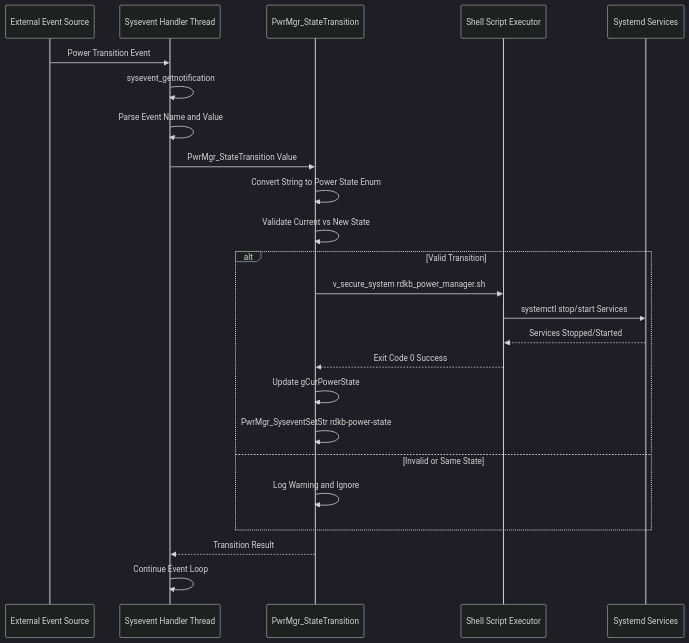
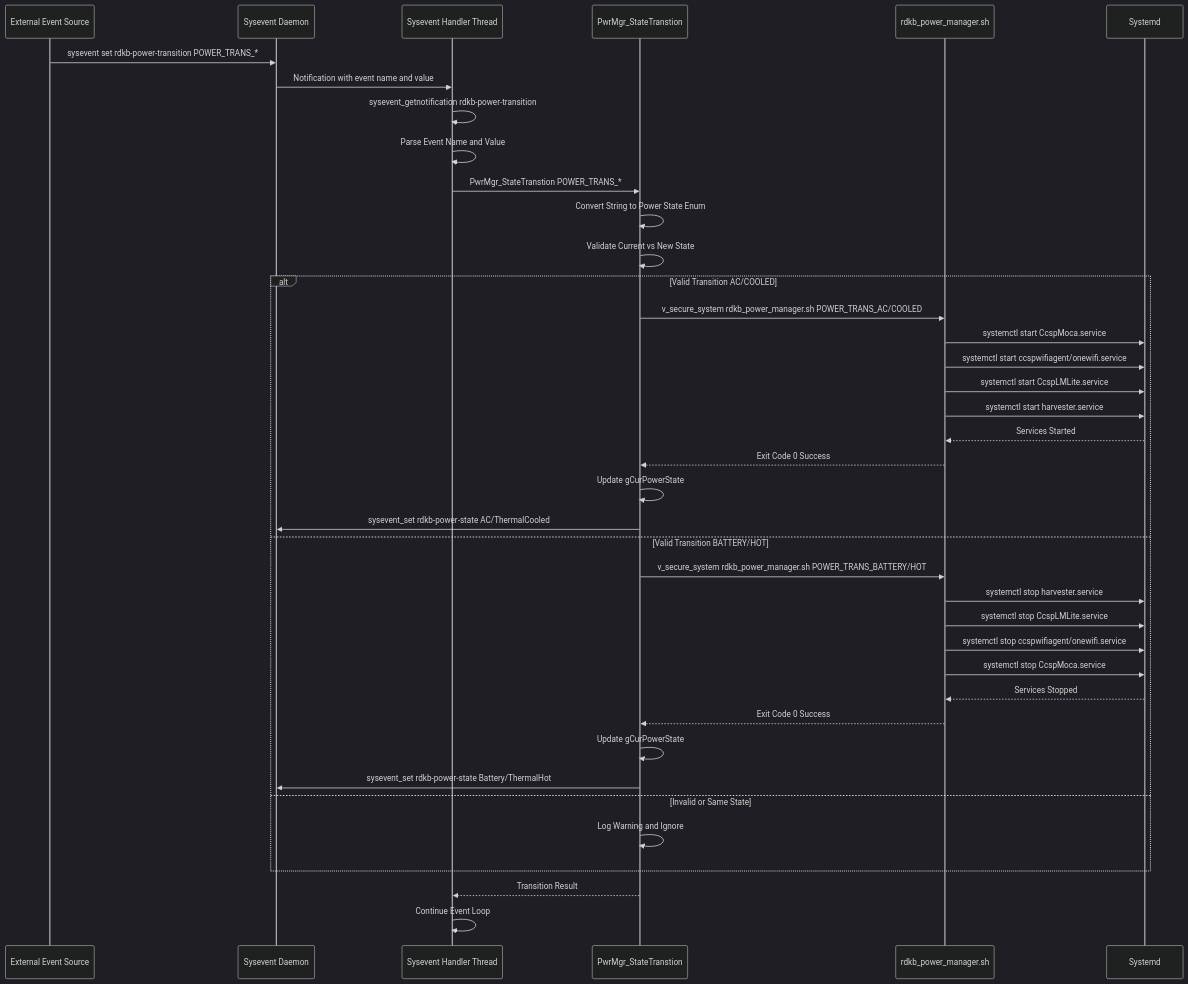
One commit to rns21/RDK_Documentation changed the fifth of 7 diagrams in docs/docu/dec17/power-manager-feb27.md. Above: the diagram before and after it, drawn with Mermaid (dark theme). The commit also changed other lines of this file, not shown here.

````diff
--- a/docs/docu/dec17/power-manager-feb27.md
+++ b/docs/docu/dec17/power-manager-feb27.md
@@ -252,29 +254,44 @@
 ```mermaid
 sequenceDiagram
-    participant Event as External Event Source
+    participant External as External Event Source
+    participant Sysevent as Sysevent Daemon
     participant Thread as Sysevent Handler Thread
-    participant Trans as PwrMgr_StateTransition
-    participant Script as Shell Script Executor
-    participant Systemd as Systemd Services
+    participant Trans as PwrMgr_StateTranstion
+    participant Script as rdkb_power_manager.sh
+    participant Systemd as Systemd
 
-    Event->>Thread: Power Transition Event
-    Thread->>Thread: sysevent_getnotification
+    External->>Sysevent: sysevent set rdkb-power-transition POWER_TRANS_*
+    Sysevent->>Thread: Notification with event name and value
+    Thread->>Thread: sysevent_getnotification rdkb-power-transition
     Thread->>Thread: Parse Event Name and Value
-    Thread->>Trans: PwrMgr_StateTransition Value
+    Thread->>Trans: PwrMgr_StateTranstion POWER_TRANS_*
     Trans->>Trans: Convert String to Power State Enum
     Trans->>Trans: Validate Current vs New State
     
-    alt Valid Transition
-        Trans->>Script: v_secure_system rdkb_power_manager.sh
-        Script->>Systemd: systemctl stop/start Services
-        Systemd-->>Script: Services Stopped/Started
+    alt Valid Transition AC/COOLED
+        Trans->>Script: v_secure_system rdkb_power_manager.sh POWER_TRANS_AC/COOLED
+        Script->>Systemd: systemctl start CcspMoca.service
+        Script->>Systemd: systemctl start ccspwifiagent/onewifi.service
+        Script->>Systemd: systemctl start CcspLMLite.service
+        Script->>Systemd: systemctl start harvester.service
+        Systemd-->>Script: Services Started
         Script-->>Trans: Exit Code 0 Success
         Trans->>Trans: Update gCurPowerState
-        Trans->>Trans: PwrMgr_SyseventSetStr rdkb-power-state
+        Trans->>Sysevent: sysevent_set rdkb-power-state AC/ThermalCooled
+    else Valid Transition BATTERY/HOT
+        Trans->>Script: v_secure_system rdkb_power_manager.sh POWER_TRANS_BATTERY/HOT
+        Script->>Systemd: systemctl stop harvester.service
+        Script->>Systemd: systemctl stop CcspLMLite.service
+        Script->>Systemd: systemctl stop ccspwifiagent/onewifi.service
+        Script->>Systemd: systemctl stop CcspMoca.service
+        Systemd-->>Script: Services Stopped
+        Script-->>Trans: Exit Code 0 Success
+        Trans->>Trans: Update gCurPowerState
+        Trans->>Sysevent: sysevent_set rdkb-power-state Battery/ThermalHot
     else Invalid or Same State
         Trans->>Trans: Log Warning and Ignore
     end
     
     Trans-->>Thread: Transition Result
     Thread->>Thread: Continue Event Loop
 ```
````
